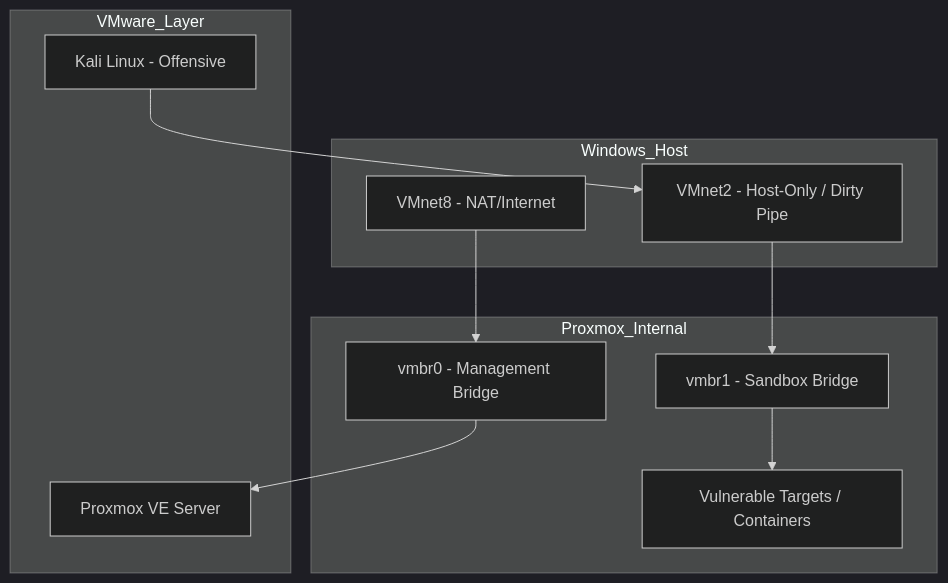
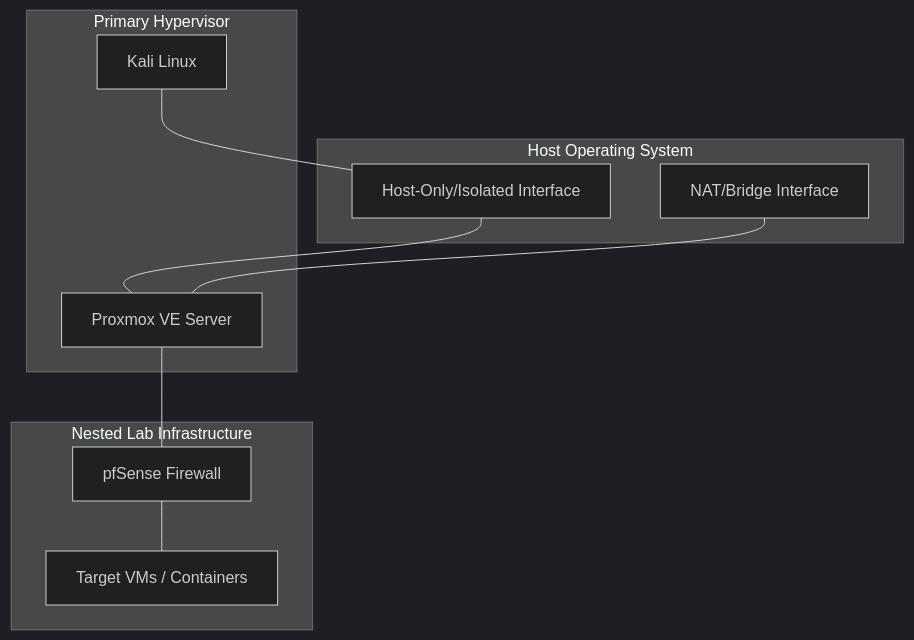
The diagram in overview.md (ashwyni-mishra/cybersecurity-homelab-training), drawn with Mermaid (dark theme) before and after one commit. The commit also changed other lines of this file and 9 other files, not shown here.

````diff
--- a/overview.md
+++ b/overview.md
@@ -47,24 +55,23 @@
 ```mermaid
 graph TD
-    subgraph Windows_Host
-        NAT[VMnet8 - NAT/Internet]
-        HO[VMnet2 - Host-Only / Dirty Pipe]
+    subgraph Host_OS [Host Operating System]
+        Primary_Net[NAT/Bridge Interface]
+        Isolated_Net[Host-Only/Isolated Interface]
     end
 
-    subgraph VMware_Layer
-        Kali[Kali Linux - Offensive]
-        Proxmox[Proxmox VE Server]
+    subgraph L1_Hypervisor [Primary Hypervisor]
+        Attacker[Kali Linux]
+        Nested_Host[Proxmox VE Server]
     end
 
-    subgraph Proxmox_Internal
-        vmbr0[vmbr0 - Management Bridge]
-        vmbr1[vmbr1 - Sandbox Bridge]
-        Targets[Vulnerable Targets / Containers]
+    subgraph L2_Nested_Environment [Nested Lab Infrastructure]
+        Gateway[pfSense Firewall]
+        Targets[Target VMs / Containers]
     end
 
-    Kali --> HO
-    HO --> vmbr1
-    vmbr1 --> Targets
-    NAT --> vmbr0
-    vmbr0 --> Proxmox
+    Attacker --- Isolated_Net
+    Isolated_Net --- Nested_Host
+    Primary_Net --- Nested_Host
+    Nested_Host --- Gateway
+    Gateway --- Targets
 ```
````
